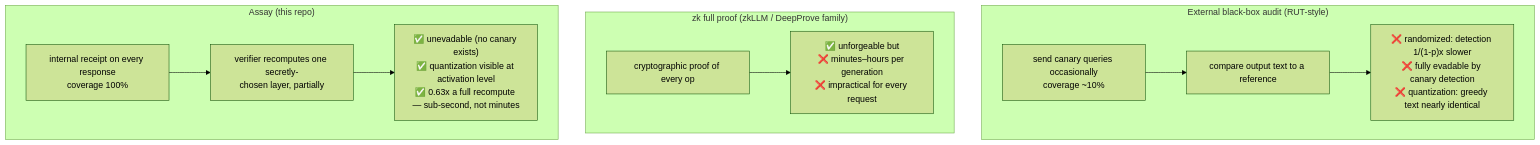
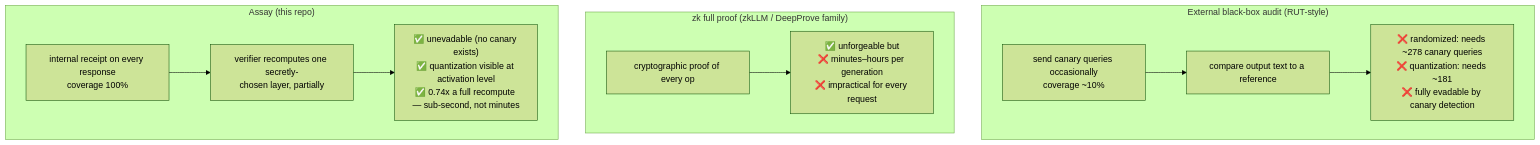
The second of 3 diagrams in README.md (NagaYu/assay), drawn with Mermaid (forest theme) before and after one commit. The commit also changed other lines of this file and 17 other files, not shown here.

````diff
--- a/README.md
+++ b/README.md
@@ -58,14 +83,14 @@
 ```mermaid
 flowchart TB
     subgraph BB["External black-box audit (RUT-style)"]
         b1["send canary queries occasionally<br/>coverage ~10%"] --> b2["compare output text to a reference"]
-        b2 --> b3["❌ randomized: detection 1/(1-p)x slower<br/>❌ fully evadable by canary detection<br/>❌ quantization: greedy text nearly identical"]
+        b2 --> b3["❌ randomized: needs ~278 canary queries<br/>❌ quantization: needs ~181<br/>❌ fully evadable by canary detection"]
     end
     subgraph ZK["zk full proof (zkLLM / DeepProve family)"]
         z1["cryptographic proof of every op"] --> z2["✅ unforgeable but<br/>❌ minutes–hours per generation<br/>❌ impractical for every request"]
     end
     subgraph AS["Assay (this repo)"]
         a1["internal receipt on every response<br/>coverage 100%"] --> a2["verifier recomputes one secretly-<br/>chosen layer, partially"]
-        a2 --> a3["✅ unevadable (no canary exists)<br/>✅ quantization visible at activation level<br/>✅ 0.63x a full recompute — sub-second, not minutes"]
+        a2 --> a3["✅ unevadable (no canary exists)<br/>✅ quantization visible at activation level<br/>✅ 0.74x a full recompute — sub-second, not minutes"]
     end
 ```
````
